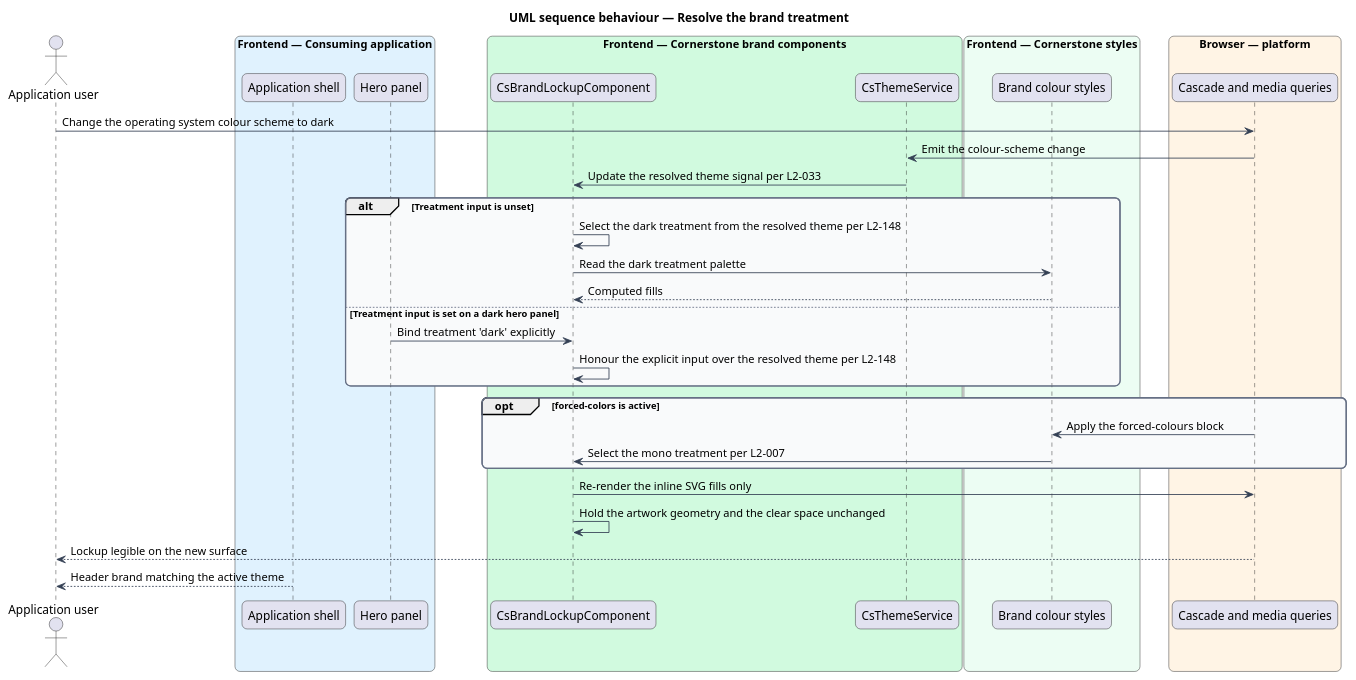
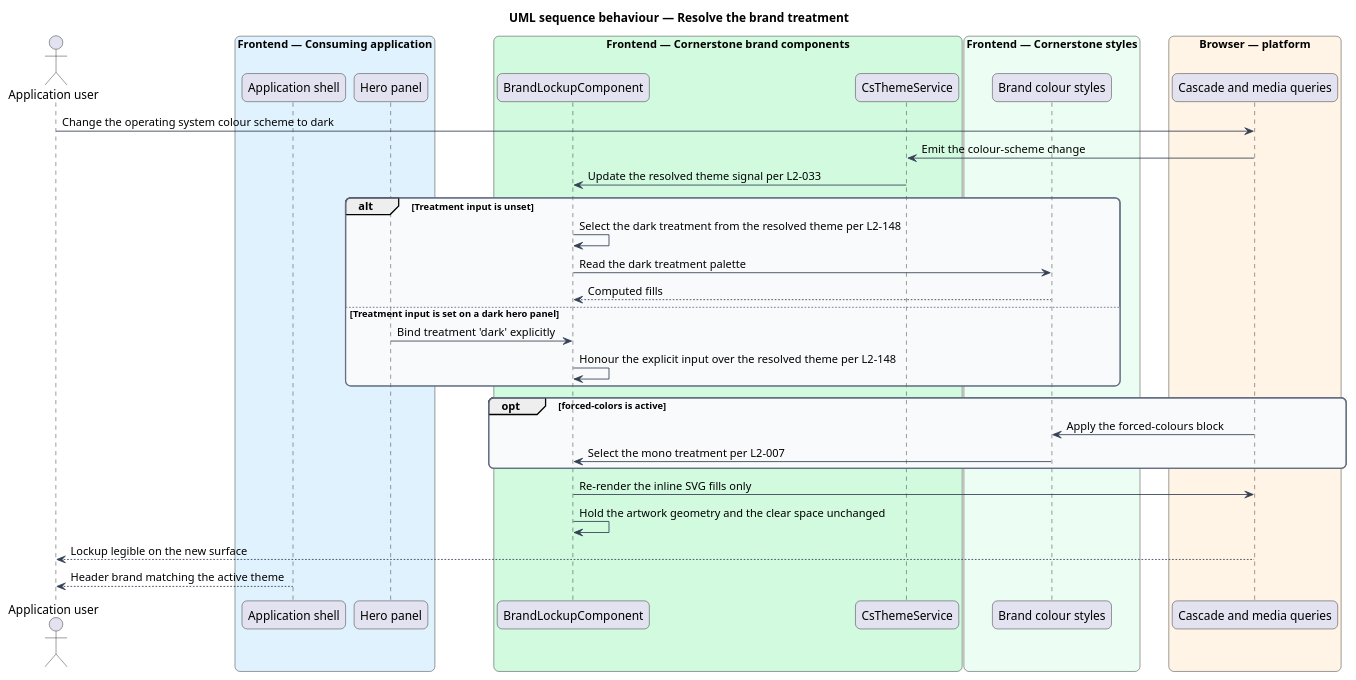
Before and after one commit to QuinntyneBrown/Cornerstone: the diagram in docs/detailed-designs/marketing/apply-the-brand/diagrams/sequence-resolve-treatment.puml, drawn with PlantUML. The commit also changed 1743 other files, not shown here.

```diff
--- a/docs/detailed-designs/marketing/apply-the-brand/diagrams/sequence-resolve-treatment.puml
+++ b/docs/detailed-designs/marketing/apply-the-brand/diagrams/sequence-resolve-treatment.puml
@@ -1,55 +1,55 @@
 @startuml
 title UML sequence behaviour — Resolve the brand treatment
 skinparam backgroundColor #FFFFFF
 skinparam shadowing false
 skinparam roundcorner 12
 skinparam defaultFontName Arial
 skinparam ArrowColor #344054
 skinparam rectangle {
   BorderColor #344054
   FontColor #101828
 }
 skinparam package {
   BorderColor #667085
   FontColor #101828
   BackgroundColor #F9FAFB
 }
 actor "Application user" as user
 box "Frontend — Consuming application" #E0F2FE
   participant "Application shell" as shell
   participant "Hero panel" as hero
 end box
 box "Frontend — Cornerstone brand components" #D1FADF
-  participant "CsBrandLockupComponent" as lockup
+  participant "BrandLockupComponent" as lockup
   participant "CsThemeService" as themesvc
 end box
 box "Frontend — Cornerstone styles" #ECFDF3
   participant "Brand colour styles" as styles
 end box
 box "Browser — platform" #FFF4E5
   participant "Cascade and media queries" as browser
 end box
 
 user -> browser : Change the operating system colour scheme to dark
 browser -> themesvc : Emit the colour-scheme change
 themesvc -> lockup : Update the resolved theme signal per L2-033
 
 alt Treatment input is unset
   lockup -> lockup : Select the dark treatment from the resolved theme per L2-148
   lockup -> styles : Read the dark treatment palette
   styles --> lockup : Computed fills
 else Treatment input is set on a dark hero panel
   hero -> lockup : Bind treatment 'dark' explicitly
   lockup -> lockup : Honour the explicit input over the resolved theme per L2-148
 end
 
 opt forced-colors is active
   browser -> styles : Apply the forced-colours block
   styles -> lockup : Select the mono treatment per L2-007
 end
 
 lockup -> browser : Re-render the inline SVG fills only
 lockup -> lockup : Hold the artwork geometry and the clear space unchanged
 browser --> user : Lockup legible on the new surface
 shell --> user : Header brand matching the active theme
 @enduml
```
